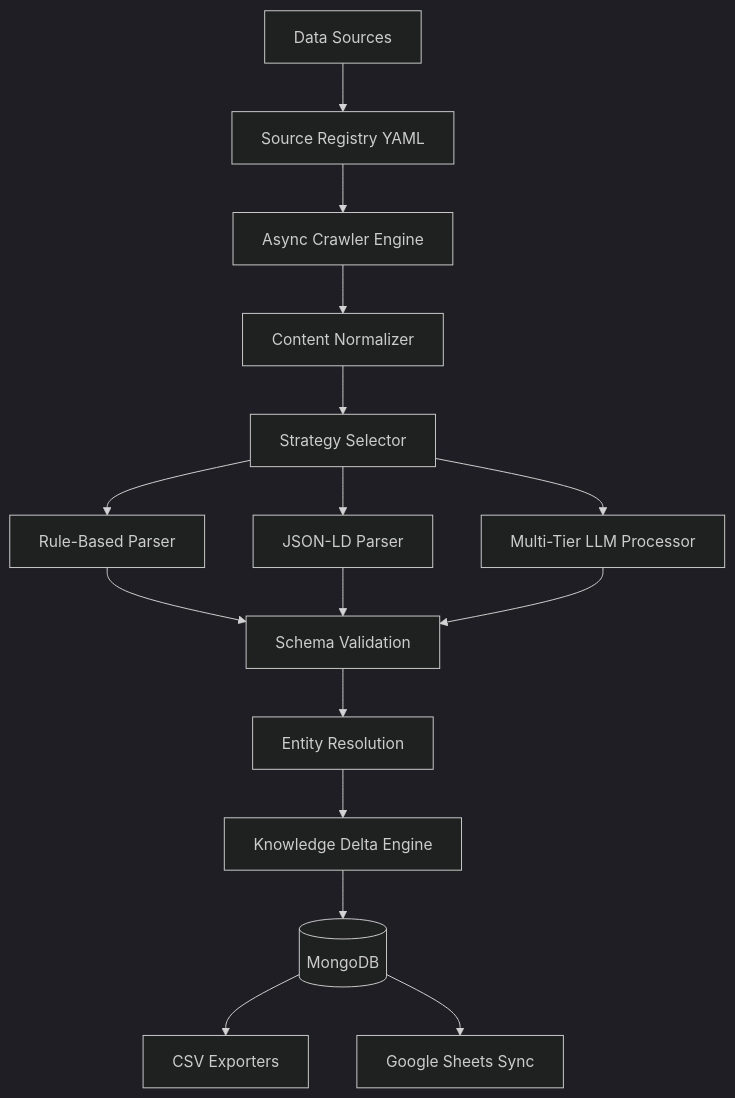
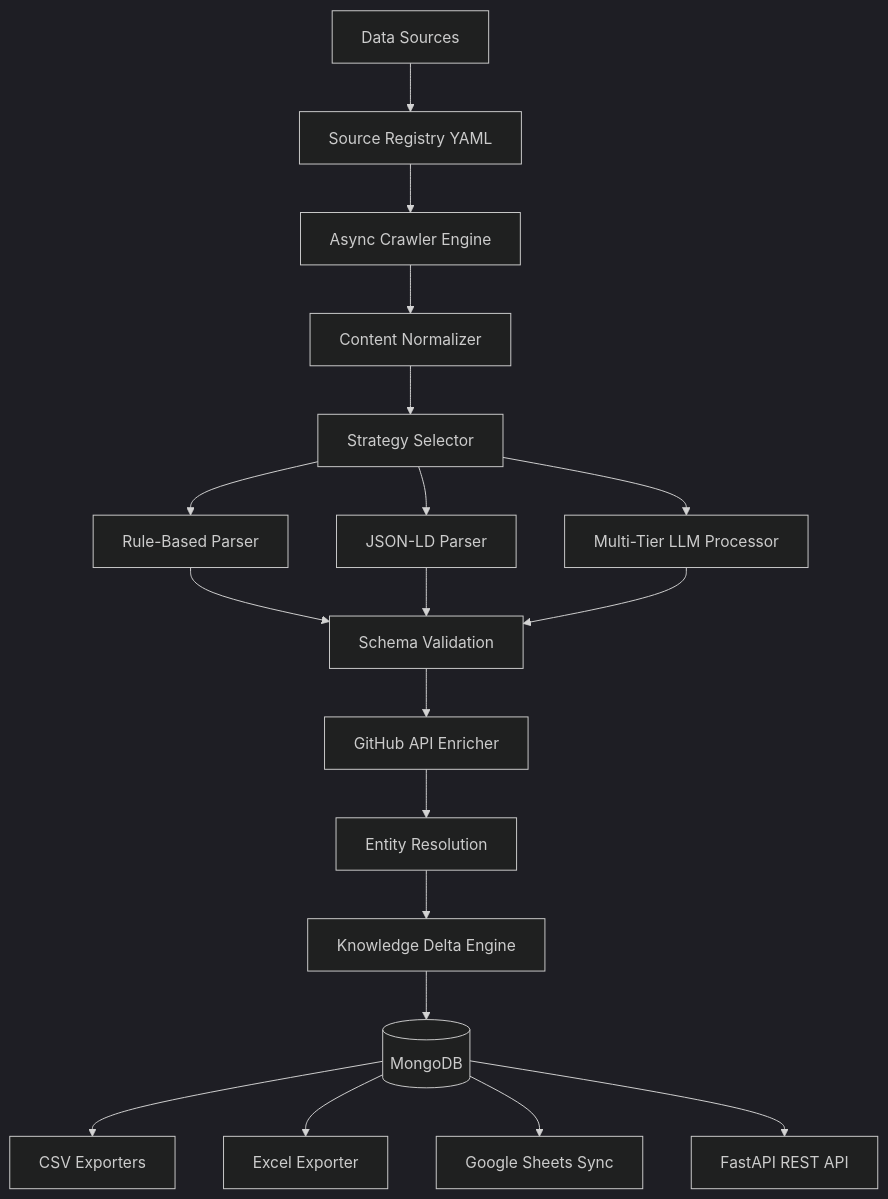
Before and after one commit to Jishnu-Thakker-27/GraphOne: the diagram in README.md, drawn with Mermaid (dark theme). The commit also changed other lines of this file, not shown here.

Commit message:
docs: update README with API endpoint documentation, folder structure, and architecture references

````diff
--- a/README.md
+++ b/README.md
@@ -76,18 +79,21 @@
 ```mermaid
 graph TD
     Sources[Data Sources] --> Registry[Source Registry YAML]
     Registry --> Crawler[Async Crawler Engine]
     Crawler --> Normalizer[Content Normalizer]
     Normalizer --> Strategy[Strategy Selector]
     Strategy --> Rule[Rule-Based Parser]
     Strategy --> JSONLD[JSON-LD Parser]
     Strategy --> LLM[Multi-Tier LLM Processor]
     Rule --> Validation[Schema Validation]
     JSONLD --> Validation
     LLM --> Validation
-    Validation --> Resolution[Entity Resolution]
+    Validation --> GitHub[GitHub API Enricher]
+    GitHub --> Resolution[Entity Resolution]
     Resolution --> Delta[Knowledge Delta Engine]
     Delta --> MongoDB[(MongoDB)]
     MongoDB --> CSV[CSV Exporters]
+    MongoDB --> Excel[Excel Exporter]
     MongoDB --> GoogleSheets[Google Sheets Sync]
+    MongoDB --> FastAPI[FastAPI REST API]
 ```
````
